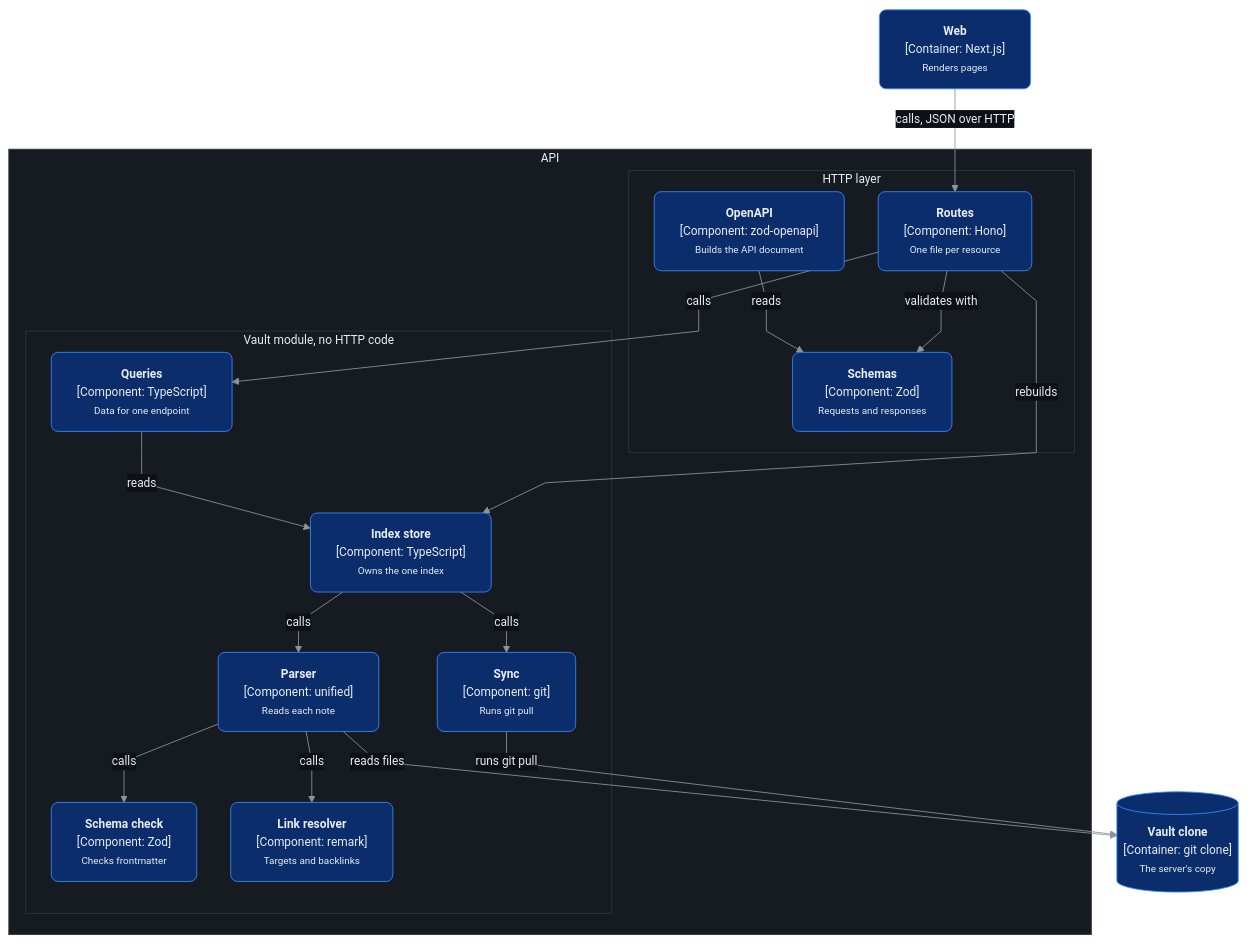
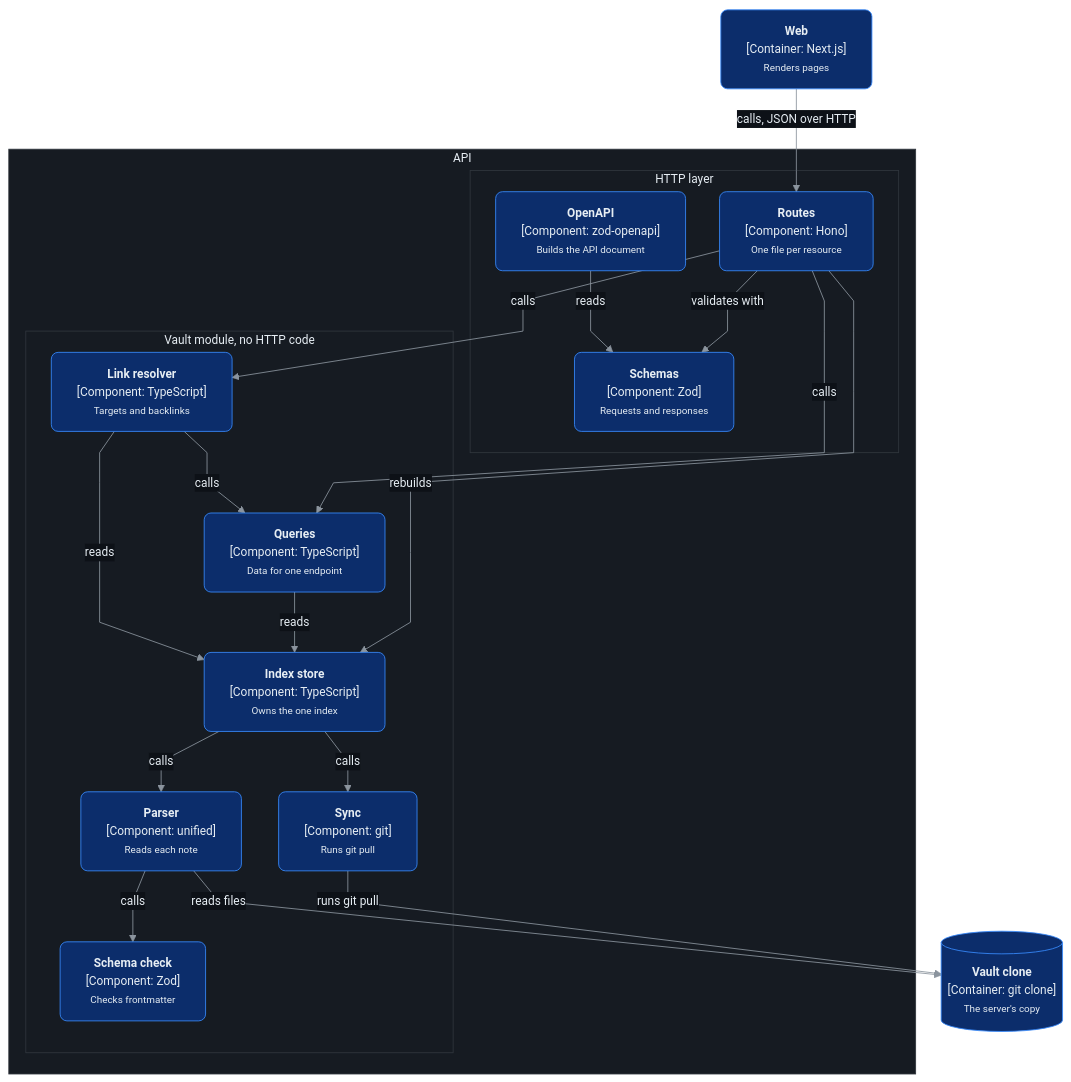
The first of 4 diagrams in docs/architecture/components.md (lyeyixian/job-search-app), drawn with Mermaid before and after one commit. The commit also changed other lines of this file and 31 other files, not shown here.

````diff
--- a/docs/architecture/components.md
+++ b/docs/architecture/components.md
@@ -9,43 +9,45 @@
 ```mermaid
 %%{init: {"theme":"base","themeVariables":{"fontFamily":"system-ui, sans-serif","fontSize":"14px","lineColor":"#8b949e","clusterBkg":"#161b22","clusterBorder":"#30363d","edgeLabelBackground":"#0d1117","primaryTextColor":"#e6edf3","titleColor":"#e6edf3"},"flowchart":{"curve":"linear","nodeSpacing":40,"rankSpacing":50}}}%%
 flowchart TB
     web["<b>Web</b><br/>[Container: Next.js]<br/><small>Renders pages</small>"]:::container
 
     subgraph api["API"]
         subgraph http["HTTP layer"]
             routes["<b>Routes</b><br/>[Component: Hono]<br/><small>One file per resource</small>"]:::component
             schemas["<b>Schemas</b><br/>[Component: Zod]<br/><small>Requests and responses</small>"]:::component
             openapi["<b>OpenAPI</b><br/>[Component: zod-openapi]<br/><small>Builds the API document</small>"]:::component
         end
         subgraph vaultmod["Vault module, no HTTP code"]
             queries["<b>Queries</b><br/>[Component: TypeScript]<br/><small>Data for one endpoint</small>"]:::component
             store["<b>Index store</b><br/>[Component: TypeScript]<br/><small>Owns the one index</small>"]:::component
             sync["<b>Sync</b><br/>[Component: git]<br/><small>Runs git pull</small>"]:::component
             parser["<b>Parser</b><br/>[Component: unified]<br/><small>Reads each note</small>"]:::component
             schema["<b>Schema check</b><br/>[Component: Zod]<br/><small>Checks frontmatter</small>"]:::component
-            links["<b>Link resolver</b><br/>[Component: remark]<br/><small>Targets and backlinks</small>"]:::component
+            links["<b>Link resolver</b><br/>[Component: TypeScript]<br/><small>Targets and backlinks</small>"]:::component
         end
     end
 
     clone[("<b>Vault clone</b><br/>[Container: git clone]<br/><small>The server's copy</small>")]:::store
 
     web -- "calls, JSON over HTTP" --> routes
     routes -- "validates with" --> schemas
     openapi -- "reads" --> schemas
     routes -- "calls" --> queries
     routes -- "rebuilds" --> store
     queries -- "reads" --> store
     store -- "calls" --> sync
     store -- "calls" --> parser
     parser -- "calls" --> schema
-    parser -- "calls" --> links
+    routes -- "calls" --> links
+    links -- "calls" --> queries
+    links -- "reads" --> store
     sync -- "runs git pull" --> clone
     parser -- "reads files" --> clone
 
     classDef person fill:#1f6feb,stroke:#58a6ff,color:#ffffff,rx:8,ry:8
     classDef system fill:#1f6feb,stroke:#58a6ff,color:#ffffff,rx:8,ry:8
     classDef container fill:#0c2d6b,stroke:#388bfd,color:#e6edf3,rx:8,ry:8
     classDef component fill:#0c2d6b,stroke:#388bfd,color:#e6edf3,rx:8,ry:8
     classDef store fill:#0c2d6b,stroke:#388bfd,color:#e6edf3
     classDef external fill:#21262d,stroke:#8b949e,color:#c9d1d9,stroke-dasharray:4 3,rx:8,ry:8
 ```
````
